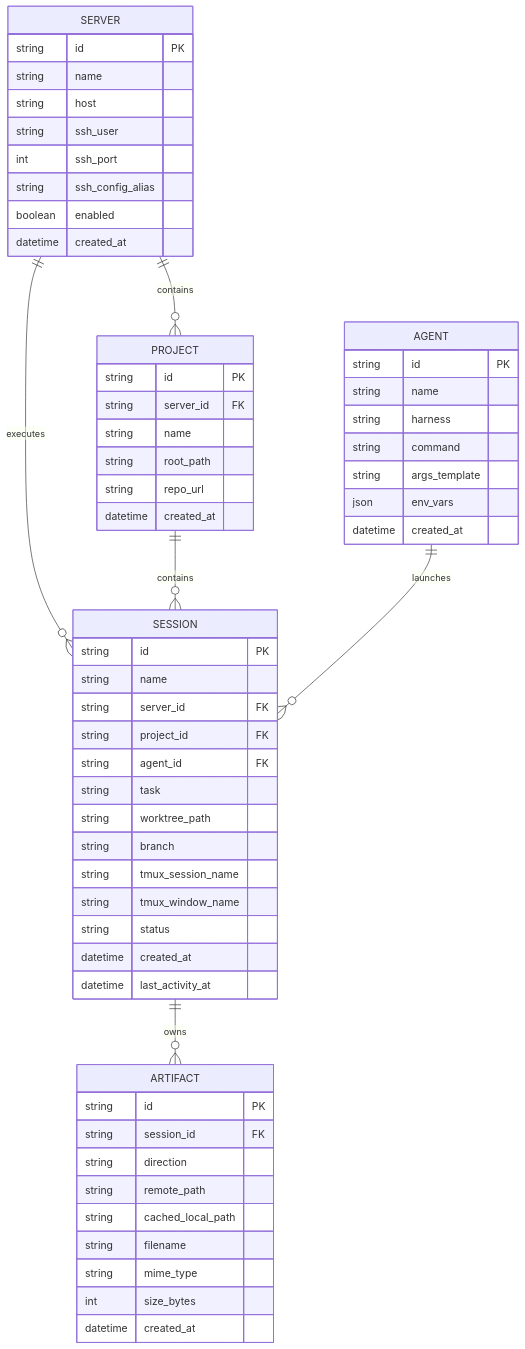
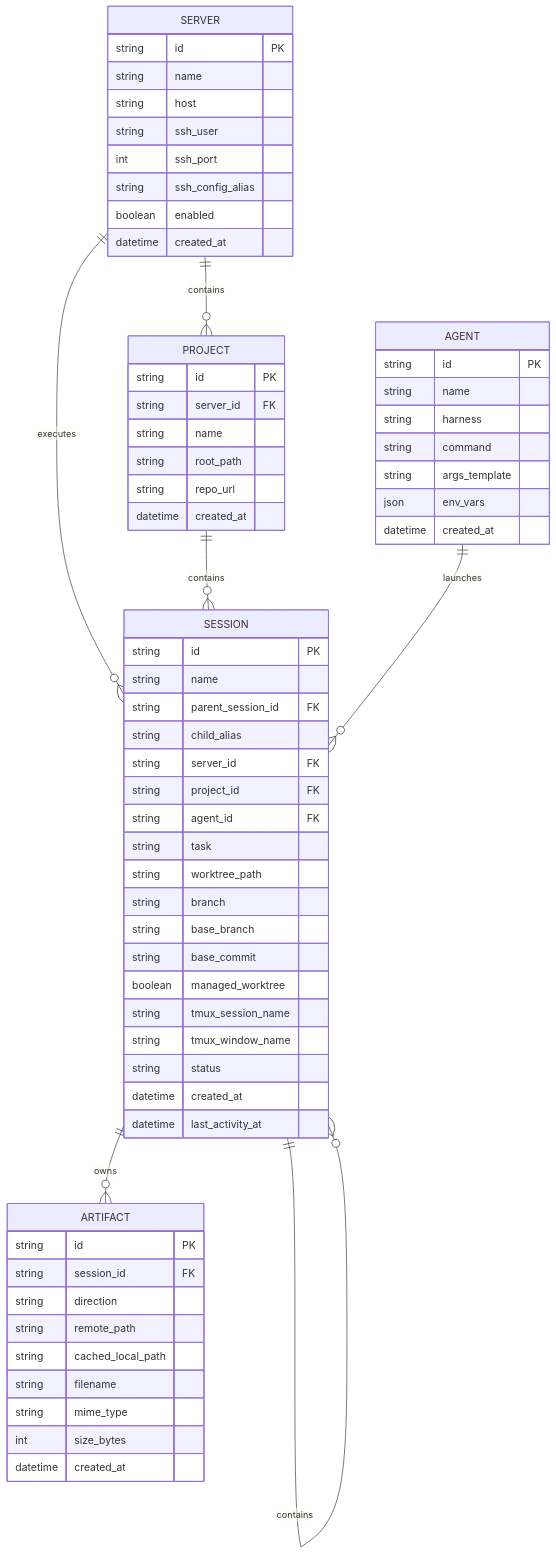
One commit to Growth-Push/spawnea changed the second of 3 diagrams in docs/architecture.md. Above: the diagram before and after it, drawn with Mermaid. The commit also changed other lines of this file and 19 other files, not shown here.

````diff
--- a/docs/architecture.md
+++ b/docs/architecture.md
@@ -120,66 +120,72 @@
 ```mermaid
 erDiagram
     SERVER ||--o{ PROJECT : contains
     SERVER ||--o{ SESSION : executes
     PROJECT ||--o{ SESSION : contains
     AGENT ||--o{ SESSION : launches
+    SESSION ||--o{ SESSION : contains
     SESSION ||--o{ ARTIFACT : owns
 
     SERVER {
         string id PK
         string name
         string host
         string ssh_user
         int ssh_port
         string ssh_config_alias
         boolean enabled
         datetime created_at
     }
 
     PROJECT {
         string id PK
         string server_id FK
         string name
         string root_path
         string repo_url
         datetime created_at
     }
 
     AGENT {
         string id PK
         string name
         string harness
         string command
         string args_template
         json env_vars
         datetime created_at
     }
 
     SESSION {
         string id PK
         string name
+        string parent_session_id FK
+        string child_alias
         string server_id FK
         string project_id FK
         string agent_id FK
         string task
         string worktree_path
         string branch
+        string base_branch
+        string base_commit
+        boolean managed_worktree
         string tmux_session_name
         string tmux_window_name
         string status
         datetime created_at
         datetime last_activity_at
     }
 
     ARTIFACT {
         string id PK
         string session_id FK
         string direction
         string remote_path
         string cached_local_path
         string filename
         string mime_type
         int size_bytes
         datetime created_at
     }
 ```
````
